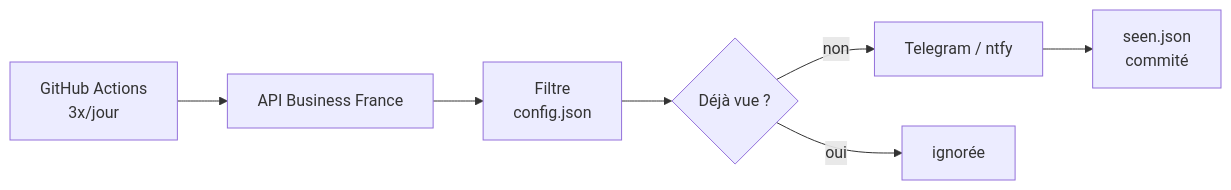
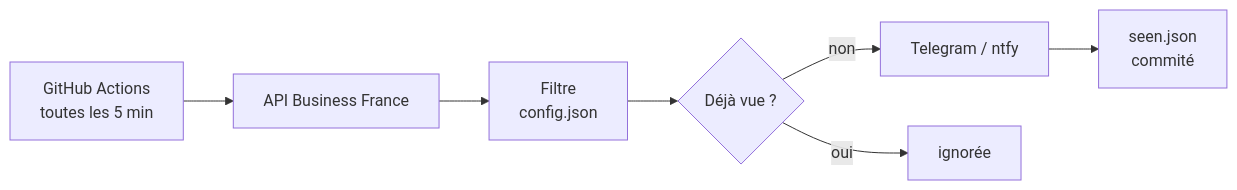
Before and after one commit to Rayane-94/Scraping_VIE: the diagram in README.md, drawn with Mermaid. The commit also changed other lines of this file and 1 other file, not shown here.

Commit message:
ci: exécution toutes les 5 min
Le cron GitHub retardait les runs de plusieurs heures ; passage à 5 min
décalé de l'heure pile, en secours du déclenchement par cron-job.org.

````diff
--- a/README.md
+++ b/README.md
@@ -55,9 +55,9 @@
 ```mermaid
 flowchart LR
-    A[GitHub Actions<br/>3x/jour] --> B[API Business France]
+    A[GitHub Actions<br/>toutes les 5 min] --> B[API Business France]
     B --> C[Filtre<br/>config.json]
     C --> D{Déjà vue ?}
     D -- non --> E[Telegram / ntfy]
     E --> F[seen.json<br/>commité]
     D -- oui --> G[ignorée]
 ```
````
